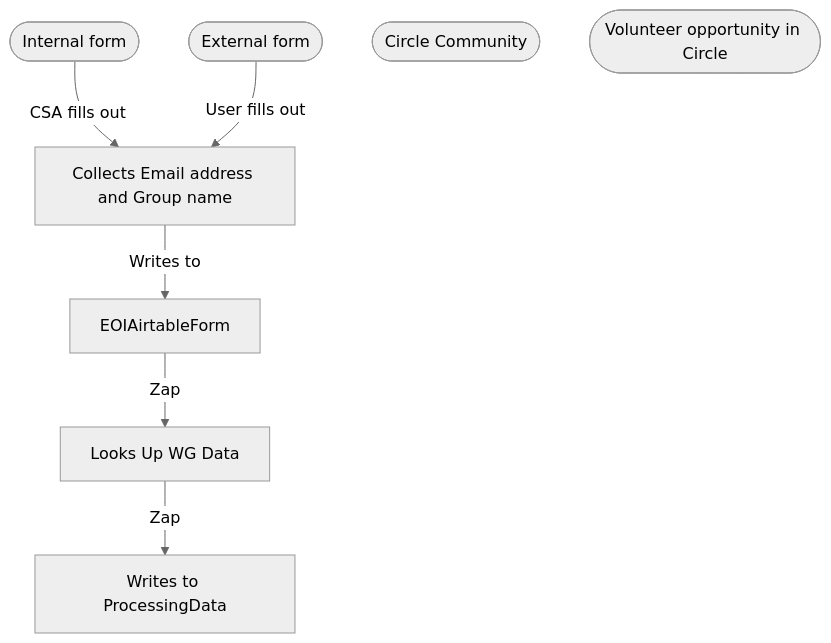
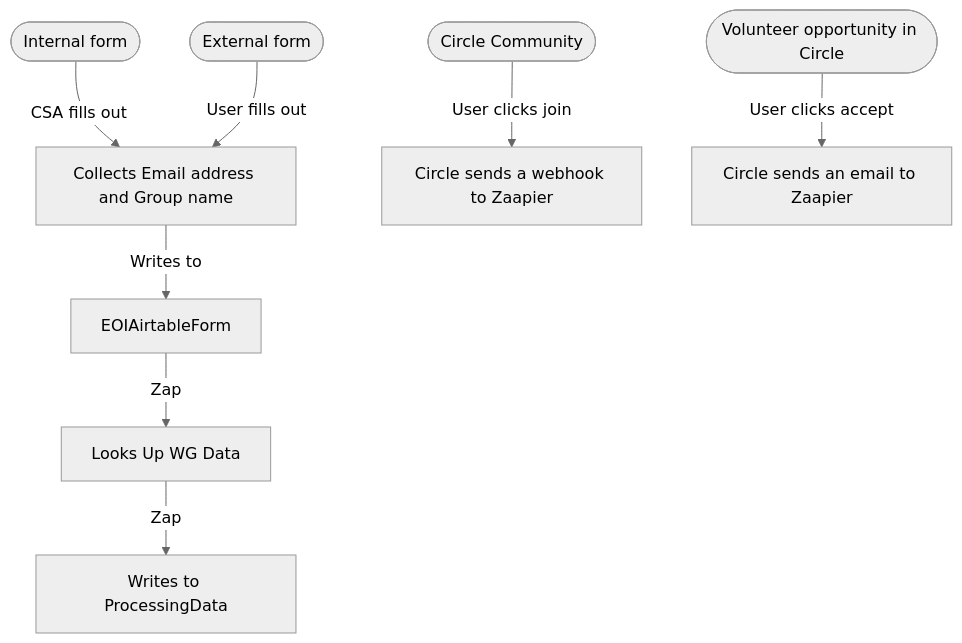
One commit to CloudSecurityAlliance/CSA-IT-Operations changed the diagram in projects/WG-automation/diagram.md. Above: the diagram before and after it, drawn with Mermaid (neutral theme).

````diff
--- a/projects/WG-automation/diagram.md
+++ b/projects/WG-automation/diagram.md
@@ -1,23 +1,23 @@
 ```mermaid
 graph TD;
 
 
 internalForm([Internal form])
 
 externalForm([External form])
 %% requires email validation, e.g. Google forms "Collect email addresses Respondents will be required to sign in to Google"
 
 joinCommunity([Circle Community])
 joinVolunteer([Volunteer opportunity in Circle])
 
 internalForm --> |CSA fills out| collectEmailAndGroup[Collects Email address and Group name]
 externalForm --> |User fills out| collectEmailAndGroup[Collects Email address and Group name]
-
 collectEmailAndGroup --> |Writes to| EOIAirtableForm[EOIAirtableForm]
-
 EOIAirtableForm --> |Zap| LookupWGData[Looks Up WG Data]
 LookupWGData --> |Zap| WritesToProcessingData[Writes to ProcessingData]
 
- 
+joinCommunity --> |User clicks join| CircleWebHook[Circle sends a webhook to Zaapier]
+joinVolunteer --> |User clicks accept| CircleSendsEmail[Circle sends an email to Zaapier]
+
 
 ```
````
